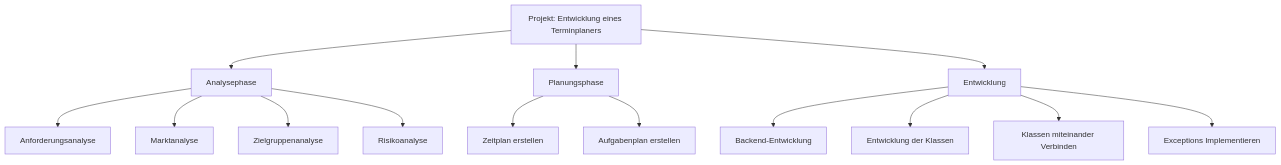
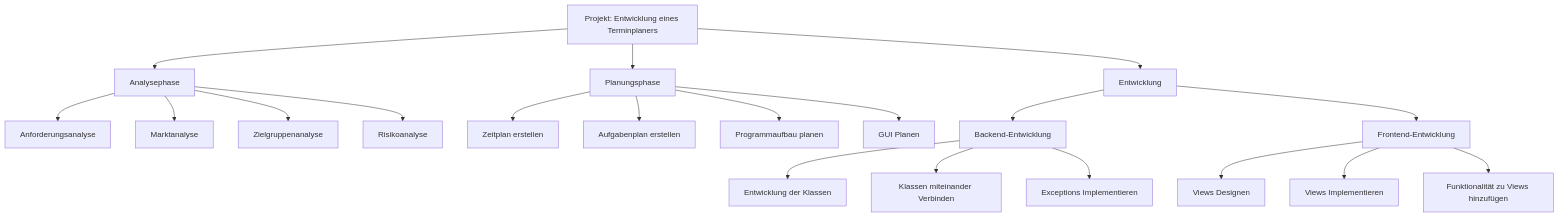
One commit to Rock-Lex/TimeWise changed the diagram in README.md. Above: the diagram before and after it, drawn with Mermaid.

Commit message:
Update README.md
Projektstrukturplan Aktualisierung

````diff
--- a/README.md
+++ b/README.md
@@ -28,16 +28,22 @@
 ```mermaid
 graph TD
 A[Projekt: Entwicklung eines Terminplaners] --> B[Analysephase]
 B --> B1[Anforderungsanalyse]
 B --> B2[Marktanalyse]
 B --> B3[Zielgruppenanalyse]
 B --> B4[Risikoanalyse]
 A --> C[Planungsphase]
 C --> C1[Zeitplan erstellen]
 C --> C2[Aufgabenplan erstellen]
+C --> C3[Programmaufbau planen]
+C --> C4[GUI Planen]
 A --> D[Entwicklung]
 D --> D1[Backend-Entwicklung]
-D --> D1_1[Entwicklung der Klassen]
-D --> D1_2[Klassen miteinander Verbinden]
-D --> D1_4[Exceptions Implementieren]
+D1 --> D1_1[Entwicklung der Klassen]
+D1 --> D1_2[Klassen miteinander Verbinden]
+D1 --> D1_4[Exceptions Implementieren]
+D --> D2[Frontend-Entwicklung]
+D2 --> D2_1[Views Designen]
+D2 --> D2_2[Views Implementieren]
+D2 --> D2_3[Funktionalität zu Views hinzufügen]
 ```
````
